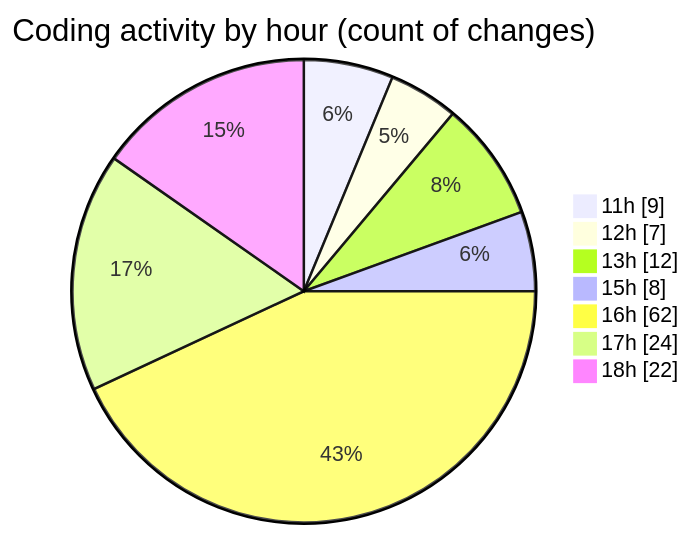
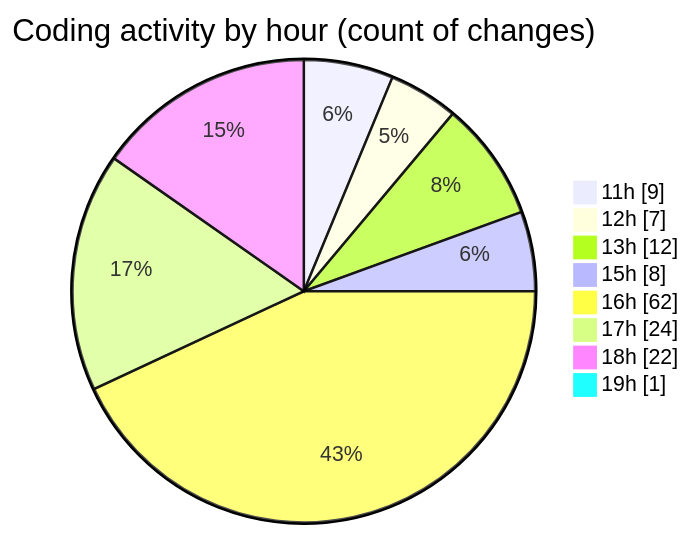
One commit to EIIisD/code-tracking changed the second of 2 diagrams in 2025-08-07/ribbon/README.md. Above: the diagram before and after it, drawn with Mermaid. The commit also changed other lines of this file and 1 other file, not shown here.

````diff
--- a/2025-08-07/ribbon/README.md
+++ b/2025-08-07/ribbon/README.md
@@ -49,11 +49,12 @@
 ```mermaid
 pie showData
 title Coding activity by hour (count of changes)
 "11h" : 9
 "12h" : 7
 "13h" : 12
 "15h" : 8
 "16h" : 62
 "17h" : 24
 "18h" : 22
+"19h" : 1
 ```
````
